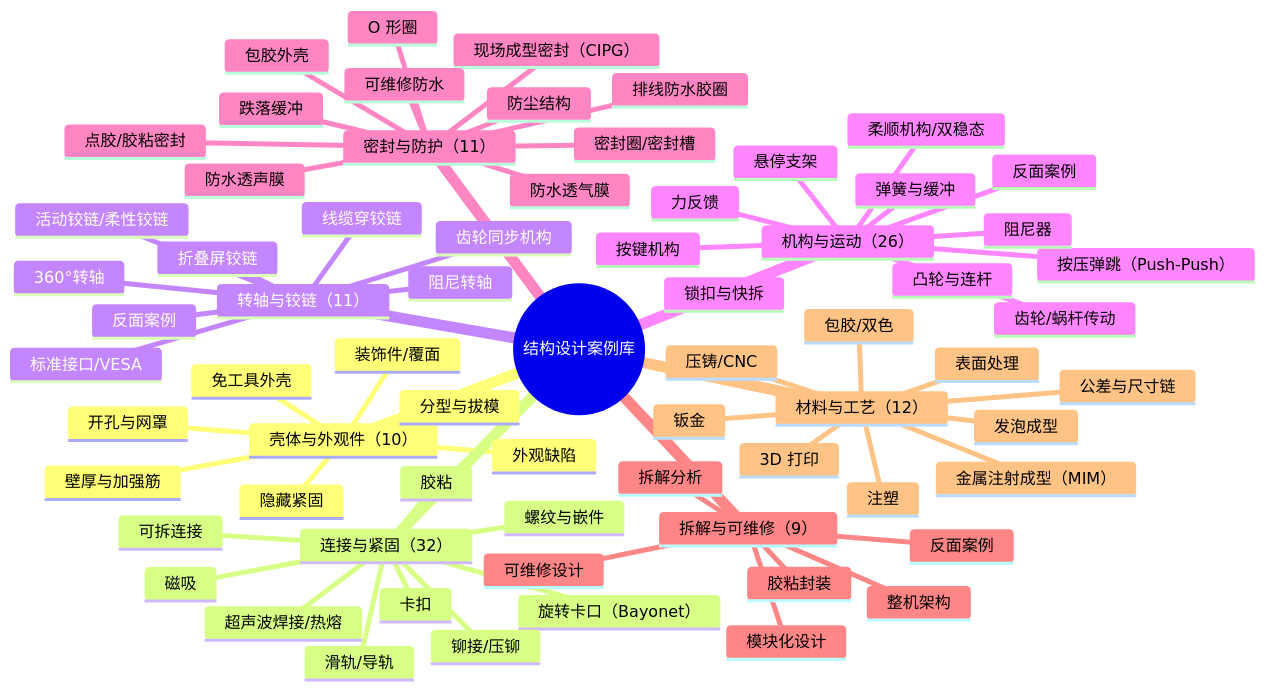
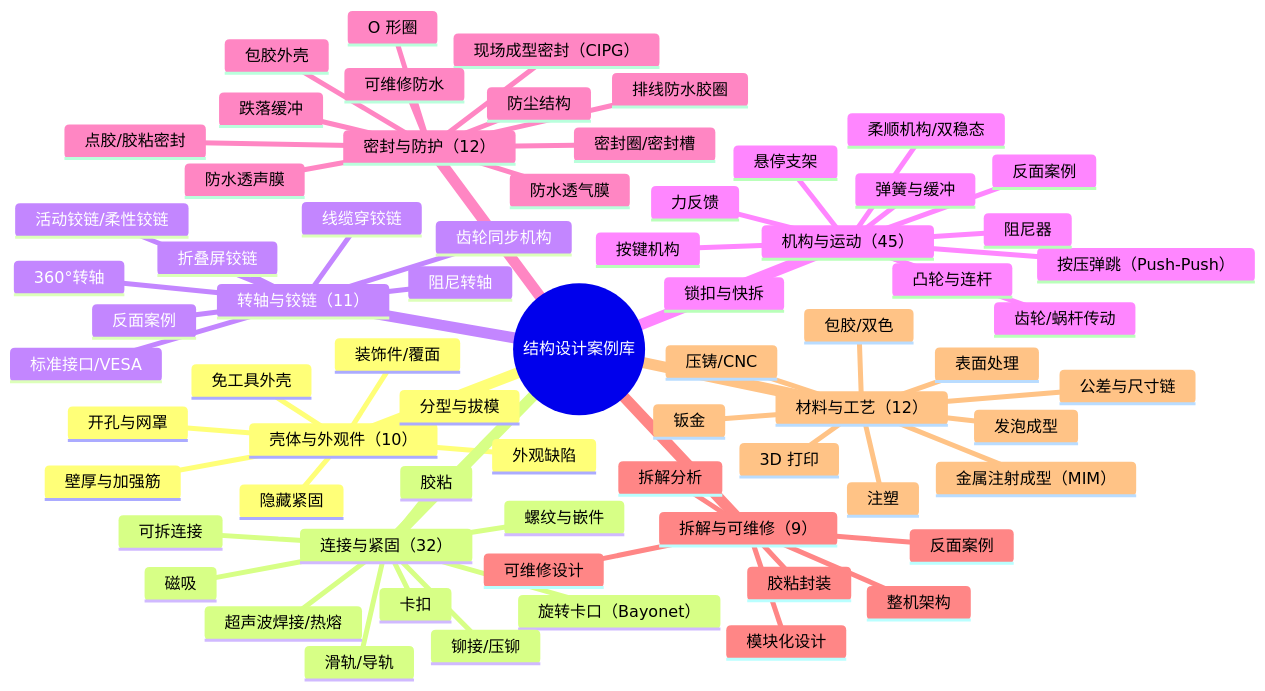
The diagram in vault/首页.md (cat266816/structure-case-library), drawn with Mermaid before and after one commit. The commit also changed other lines of this file and 109 other files, not shown here.

````diff
--- a/vault/首页.md
+++ b/vault/首页.md
@@ -40,72 +40,72 @@
 ```mermaid
 mindmap
   root((结构设计案例库))
     壳体与外观件（10）
       分型与拔模
       壁厚与加强筋
       免工具外壳
       隐藏紧固
       装饰件/覆面
       开孔与网罩
       外观缺陷
     连接与紧固（32）
       卡扣
       螺纹与嵌件
       旋转卡口（Bayonet）
       滑轨/导轨
       磁吸
       胶粘
       超声波焊接/热熔
       铆接/压铆
       可拆连接
     转轴与铰链（11）
       阻尼转轴
       折叠屏铰链
       360°转轴
       活动铰链/柔性铰链
       齿轮同步机构
       线缆穿铰链
       标准接口/VESA
       反面案例
-    机构与运动（26）
+    机构与运动（45）
       按压弹跳（Push-Push）
       锁扣与快拆
       齿轮/蜗杆传动
       凸轮与连杆
       弹簧与缓冲
       柔顺机构/双稳态
       力反馈
       阻尼器
       按键机构
       悬停支架
       反面案例
-    密封与防护（11）
+    密封与防护（12）
       密封圈/密封槽
       O 形圈
       现场成型密封（CIPG）
       排线防水胶圈
       点胶/胶粘密封
       包胶外壳
       防水透气膜
       防水透声膜
       防尘结构
       跌落缓冲
       可维修防水
     拆解与可维修（9）
       拆解分析
       模块化设计
       可维修设计
       胶粘封装
       反面案例
       整机架构
     材料与工艺（12）
       注塑
       钣金
       压铸/CNC
       3D 打印
       包胶/双色
       表面处理
       金属注射成型（MIM）
       公差与尺寸链
       发泡成型
 ```
````
